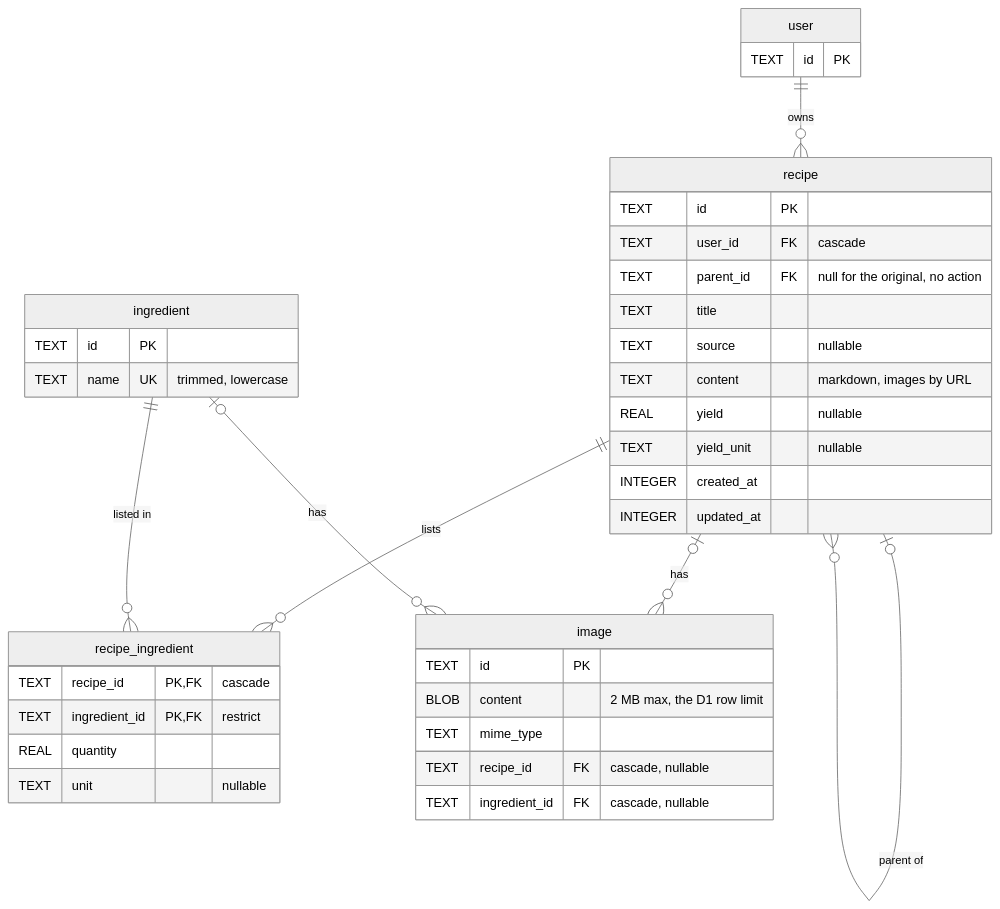
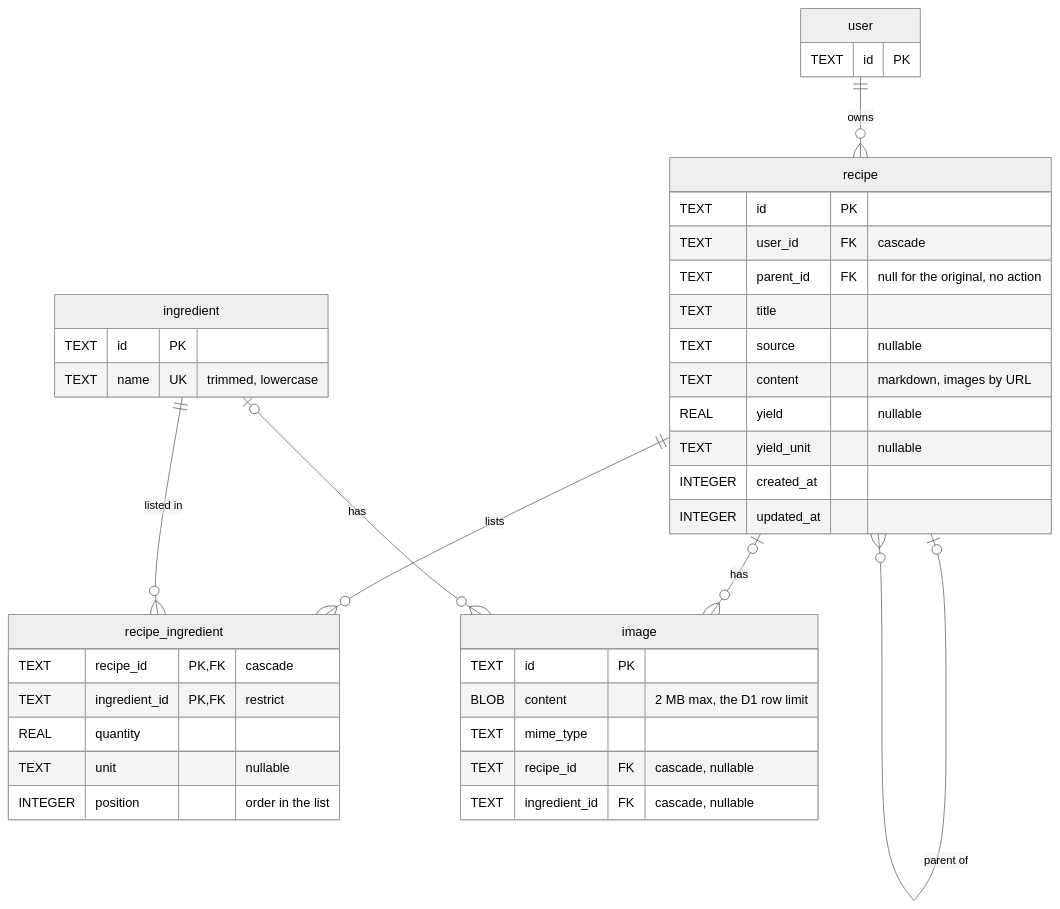
The diagram in packages/db/schema.md (felipeadeildo/hannibox), drawn with Mermaid (neutral theme) before and after one commit. The commit also changed other lines of this file and 4 other files, not shown here.

````diff
--- a/packages/db/schema.md
+++ b/packages/db/schema.md
@@ -5,46 +5,47 @@
 ```mermaid
 erDiagram
     user ||--o{ recipe : owns
     recipe |o--o{ recipe : "parent of"
     recipe ||--o{ recipe_ingredient : lists
     ingredient ||--o{ recipe_ingredient : "listed in"
     recipe |o--o{ image : has
     ingredient |o--o{ image : has
 
     user {
         TEXT id PK
     }
 
     recipe {
         TEXT id PK
         TEXT user_id FK "cascade"
         TEXT parent_id FK "null for the original, no action"
         TEXT title
         TEXT source "nullable"
         TEXT content "markdown, images by URL"
         REAL yield "nullable"
         TEXT yield_unit "nullable"
         INTEGER created_at
         INTEGER updated_at
     }
 
     ingredient {
         TEXT id PK
         TEXT name UK "trimmed, lowercase"
     }
 
     recipe_ingredient {
         TEXT recipe_id PK, FK "cascade"
         TEXT ingredient_id PK, FK "restrict"
         REAL quantity
         TEXT unit "nullable"
+        INTEGER position "order in the list"
     }
 
     image {
         TEXT id PK
         BLOB content "2 MB max, the D1 row limit"
         TEXT mime_type
         TEXT recipe_id FK "cascade, nullable"
         TEXT ingredient_id FK "cascade, nullable"
     }
 ```
````
